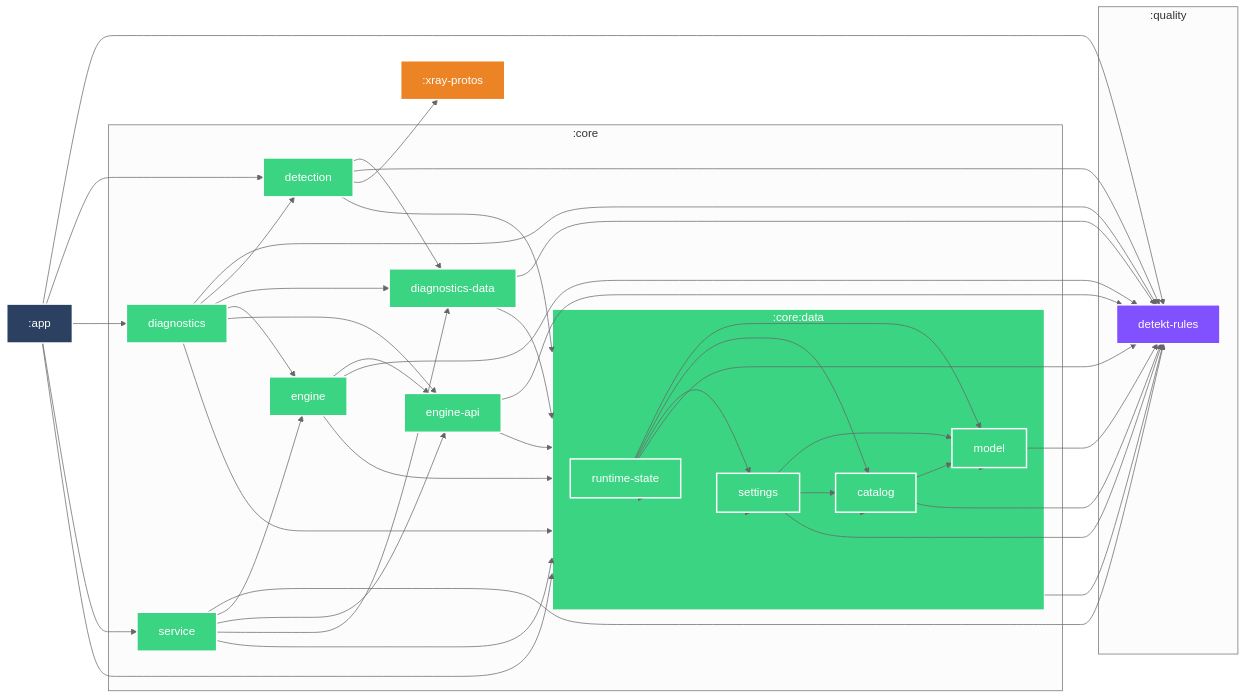
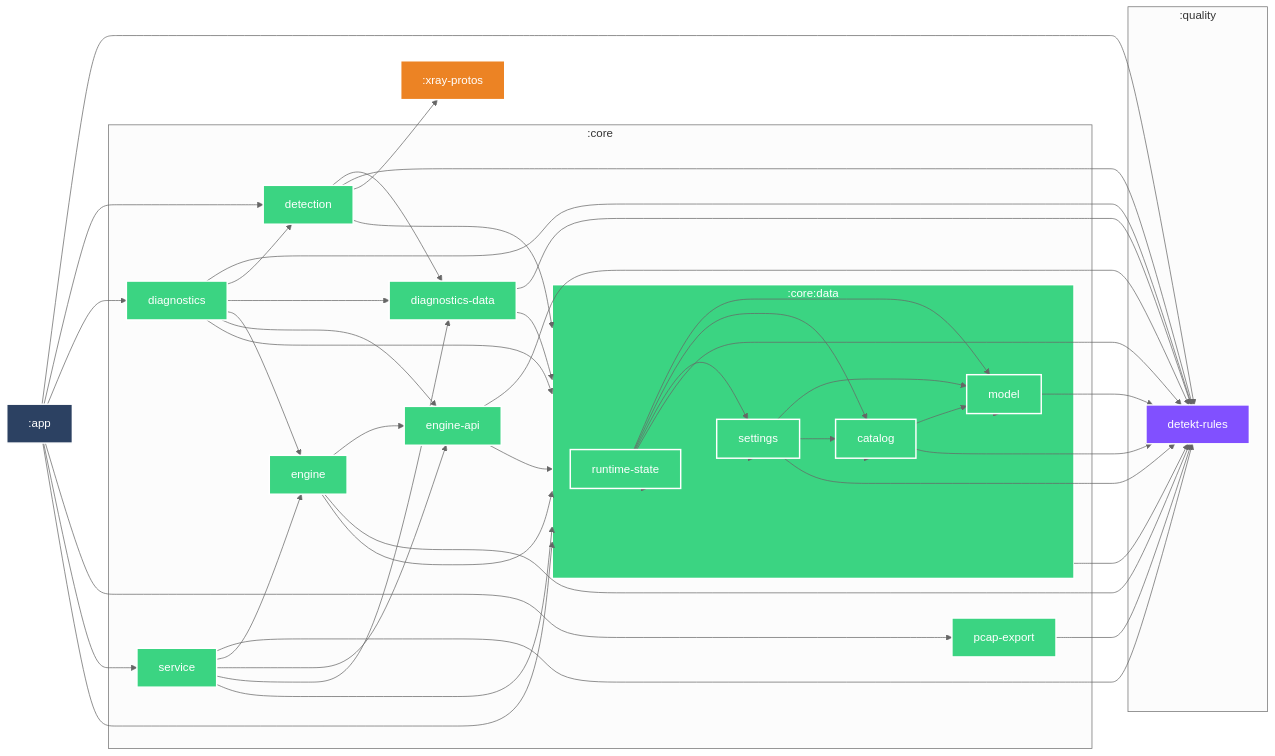
The diagram in docs/architecture/MODULE_GRAPH.md (po4yka/RIPDPI), drawn with Mermaid before and after one commit. The commit also changed 16 other files, not shown here.

```diff
--- a/docs/architecture/MODULE_GRAPH.md
+++ b/docs/architecture/MODULE_GRAPH.md
@@ -23,6 +23,7 @@
     :core:engine-api["engine-api"]
     :core:data["data"]
     :core:diagnostics-data["diagnostics-data"]
+    :core:pcap-export["pcap-export"]
     :core:detection["detection"]
     :core:diagnostics["diagnostics"]
   end
@@ -45,12 +46,14 @@
   :core:service --> :core:diagnostics-data
   :core:engine-api --> :quality:detekt-rules
   :core:engine-api --> :core:data
+  :core:pcap-export --> :quality:detekt-rules
   :core:diagnostics-data --> :quality:detekt-rules
   :core:diagnostics-data --> :core:data
   :app --> :quality:detekt-rules
   :app --> :core:data
   :app --> :core:detection
   :app --> :core:diagnostics
+  :app --> :core:pcap-export
   :app --> :core:service
   :core:data --> :core:data:model
   :core:data --> :core:data:catalog
@@ -91,6 +94,7 @@
 class :core:engine-api android-library
 class :core:data android-library
 class :core:diagnostics-data android-library
+class :core:pcap-export android-library
 class :app android-application
 class :core:detection android-library
 class :core:diagnostics android-library
```
